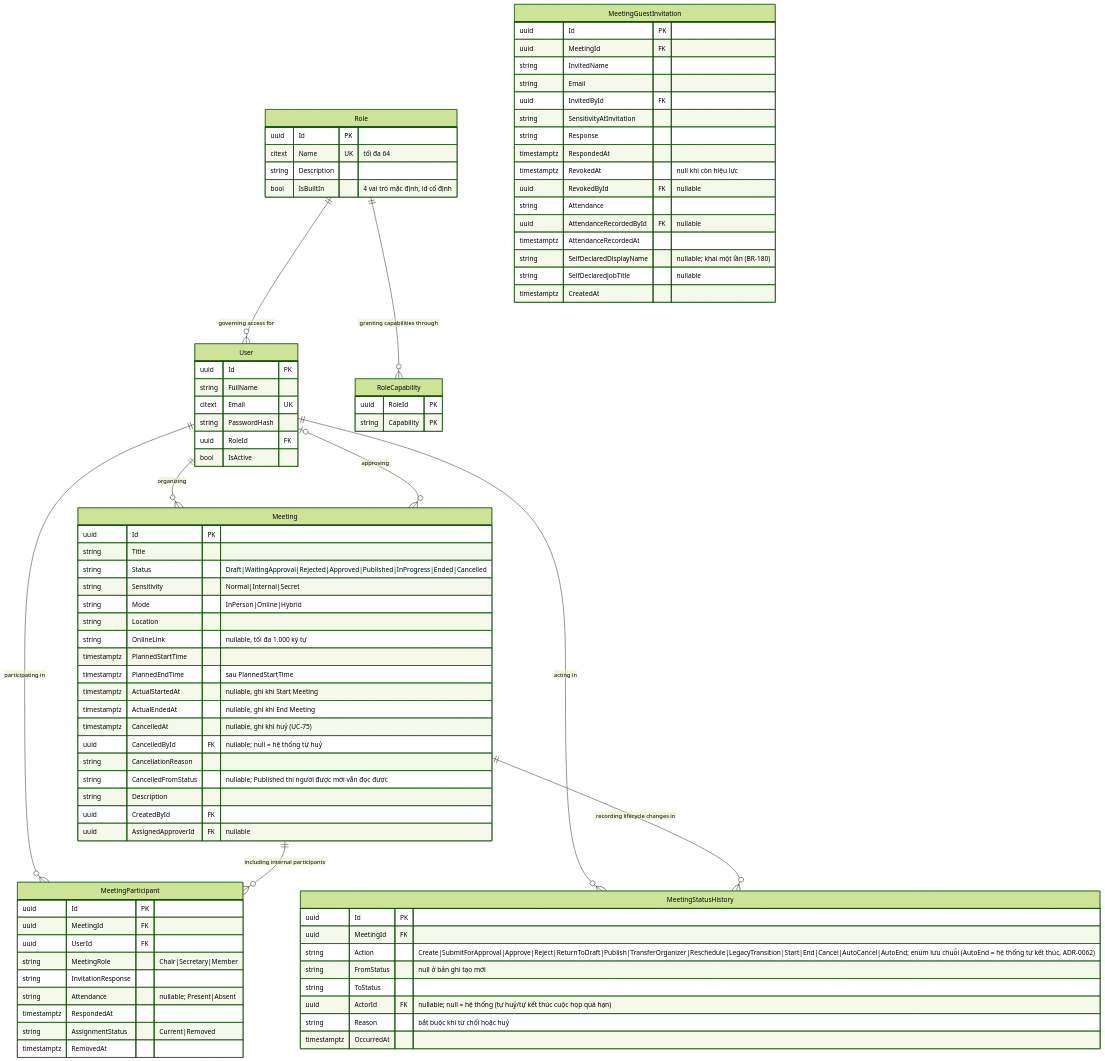
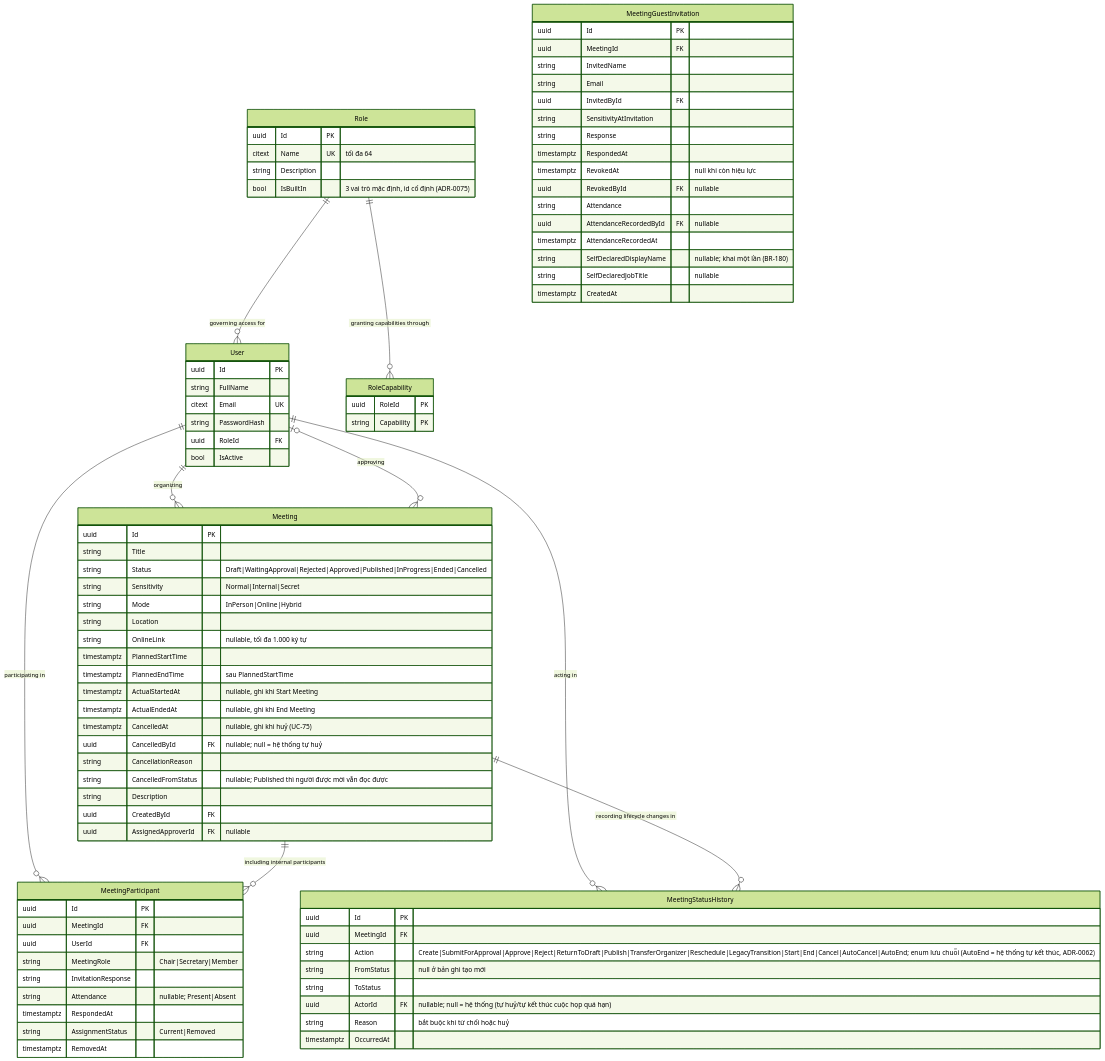
The first of 7 diagrams in docs/02-design/02-erd.md (callmehai/FU-FA26-G116), drawn with Mermaid (forest theme) before and after one commit. The commit also changed other lines of this file and 78 other files, not shown here.

```diff
--- a/docs/02-design/02-erd.md
+++ b/docs/02-design/02-erd.md
@@ -122,7 +122,7 @@
         uuid Id PK
         citext Name UK "tối đa 64"
         string Description
-        bool IsBuiltIn "4 vai trò mặc định, id cố định"
+        bool IsBuiltIn "3 vai trò mặc định, id cố định (ADR-0075)"
     }
     RoleCapability {
         uuid RoleId PK
```
